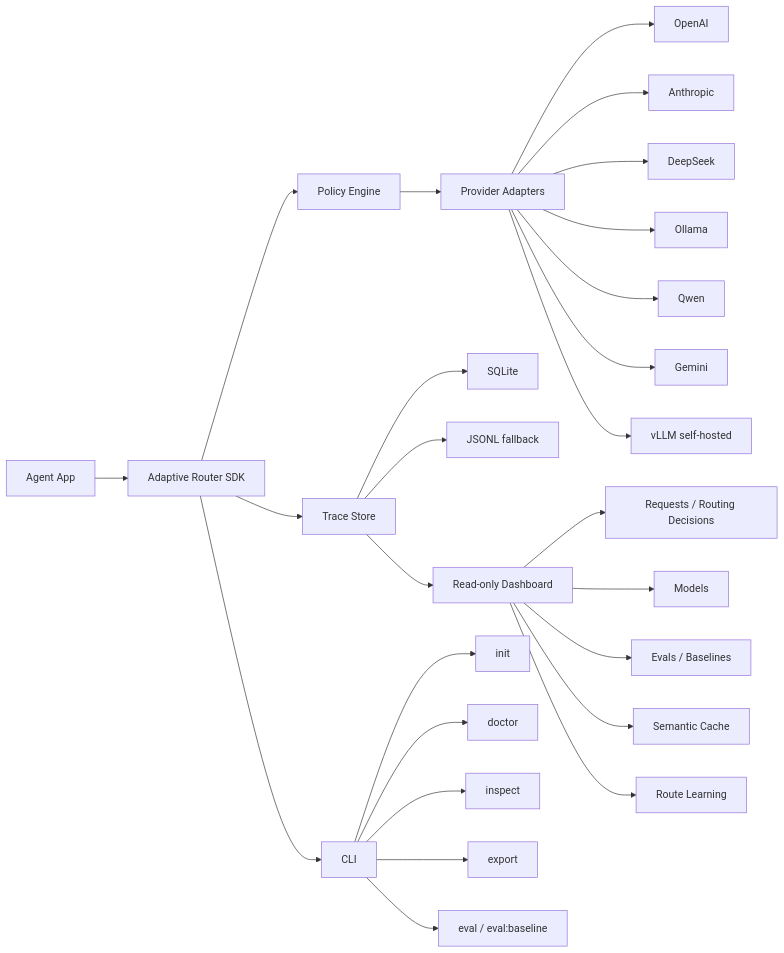
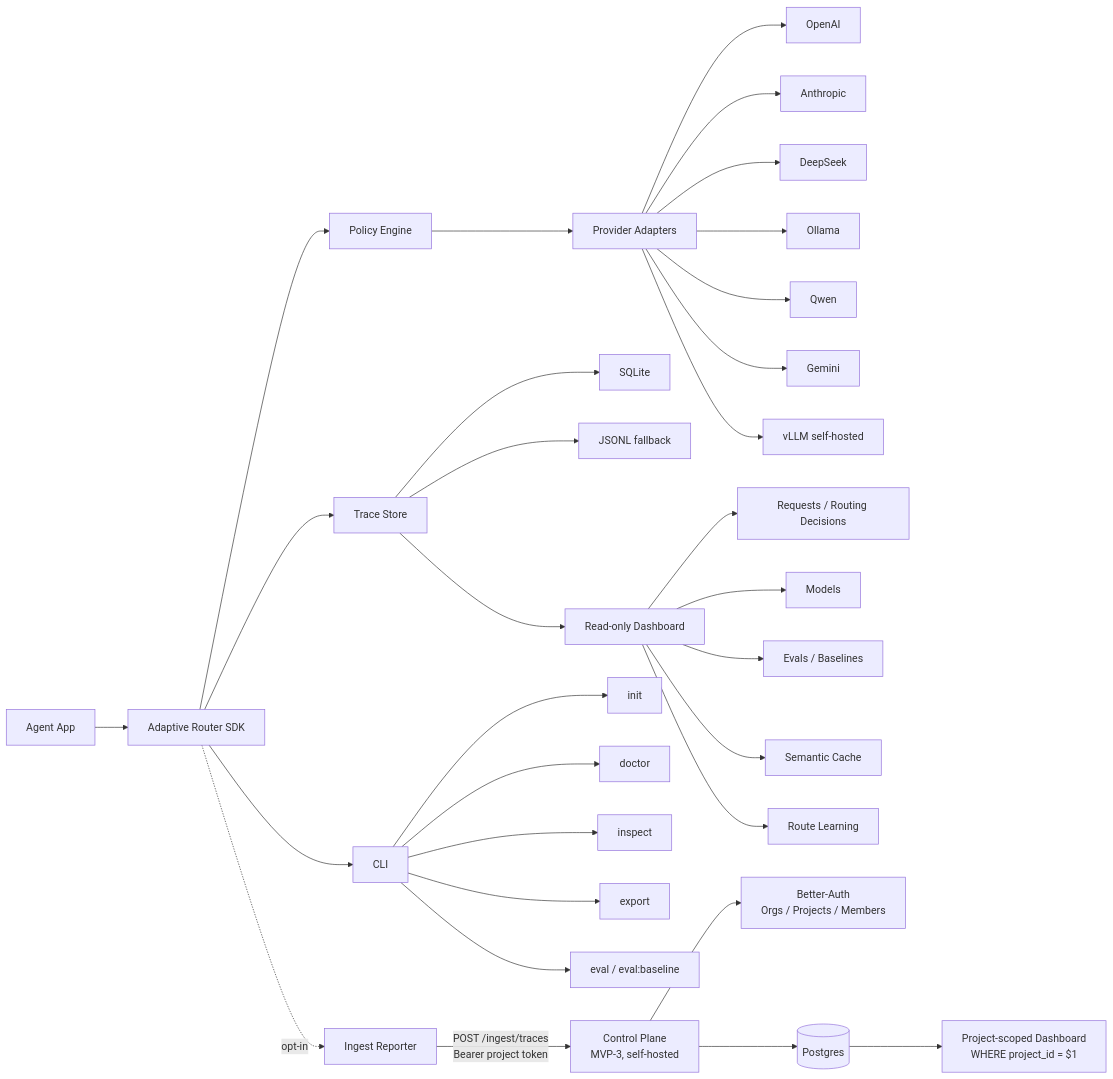
One commit to guangyang1206/adaptive-model-router changed the diagram in README.md. Above: the diagram before and after it, drawn with Mermaid. The commit also changed other lines of this file and 11 other files, not shown here.

````diff
--- a/README.md
+++ b/README.md
@@ -182,28 +206,34 @@
 ```mermaid
 flowchart LR
   A[Agent App] --> B[Adaptive Router SDK]
   B --> C[Policy Engine]
   C --> D[Provider Adapters]
   D --> D1[OpenAI]
   D --> D2[Anthropic]
   D --> D3[DeepSeek]
   D --> D4[Ollama]
   D --> D5[Qwen]
   D --> D6[Gemini]
   D --> D7[vLLM self-hosted]
   B --> E[Trace Store]
   E --> E1[SQLite]
   E --> E2[JSONL fallback]
   E --> F[Read-only Dashboard]
   F --> F1[Requests / Routing Decisions]
   F --> F2[Models]
   F --> F3[Evals / Baselines]
   F --> F4[Semantic Cache]
   F --> F5[Route Learning]
   B --> G[CLI]
   G --> G1[init]
   G --> G2[doctor]
   G --> G3[inspect]
   G --> G4[export]
   G --> G5[eval / eval:baseline]
+
+  B -. "opt-in" .-> R[Ingest Reporter]
+  R -- "POST /ingest/traces<br/>Bearer project token" --> CP[Control Plane<br/>MVP-3, self-hosted]
+  CP --> CPA[Better-Auth<br/>Orgs / Projects / Members]
+  CP --> PG[(Postgres)]
+  PG --> CPD[Project-scoped Dashboard<br/>WHERE project_id = $1]
 ```
````
